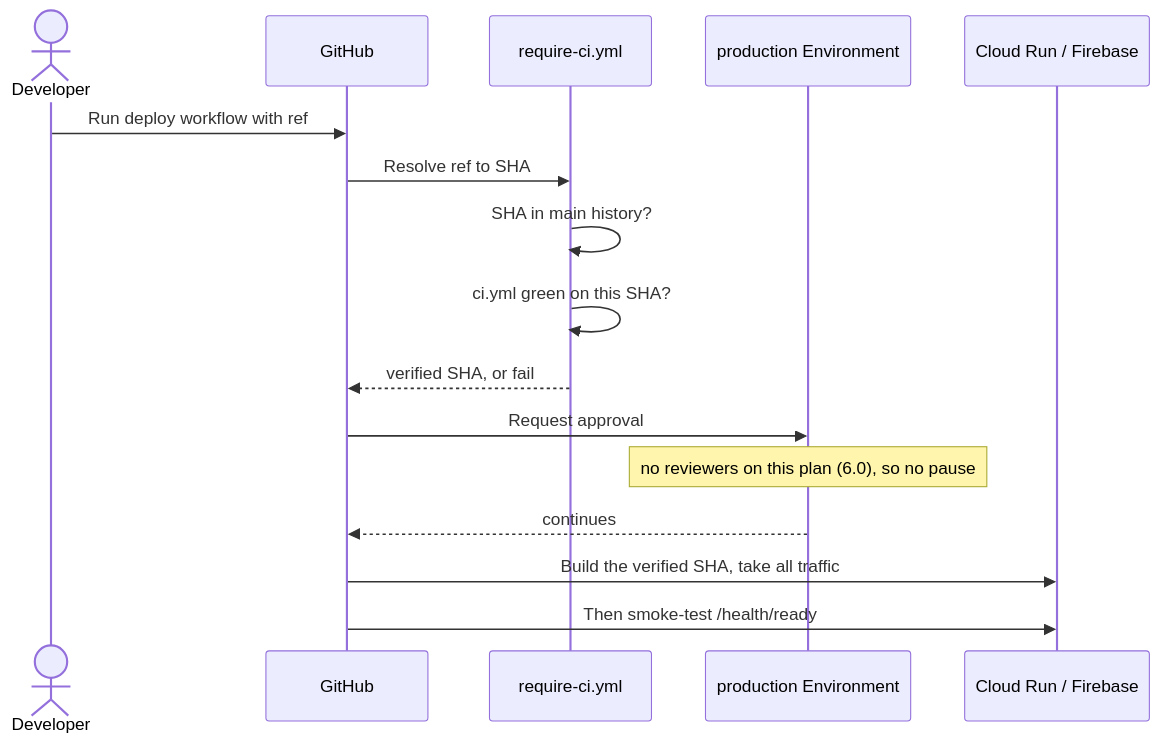
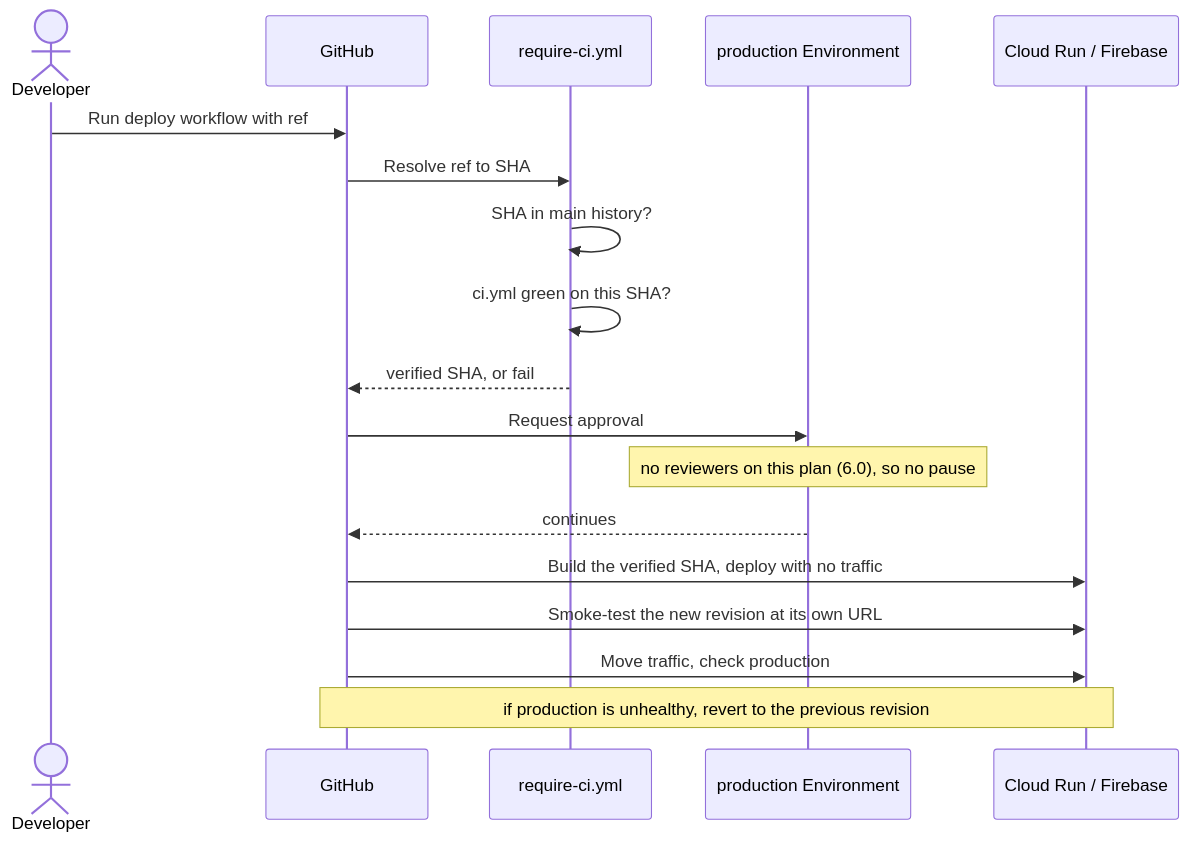
The fourth of 5 diagrams in docs/ai-native-sdlc-playbook.md (balureddy003/LifeKeel), drawn with Mermaid before and after one commit. The commit also changed other lines of this file and 3 other files, not shown here.

````diff
--- a/docs/ai-native-sdlc-playbook.md
+++ b/docs/ai-native-sdlc-playbook.md
@@ -339,18 +353,20 @@
 ```mermaid
 sequenceDiagram
   actor Dev as Developer
   participant GH as GitHub
   participant RC as require-ci.yml
   participant Env as production Environment
   participant Cloud as Cloud Run / Firebase
   Dev->>GH: Run deploy workflow with ref
   GH->>RC: Resolve ref to SHA
   RC->>RC: SHA in main history?
   RC->>RC: ci.yml green on this SHA?
   RC-->>GH: verified SHA, or fail
   GH->>Env: Request approval
   Note over Env: no reviewers on this plan (6.0), so no pause
   Env-->>GH: continues
-  GH->>Cloud: Build the verified SHA, take all traffic
-  GH->>Cloud: Then smoke-test /health/ready
+  GH->>Cloud: Build the verified SHA, deploy with no traffic
+  GH->>Cloud: Smoke-test the new revision at its own URL
+  GH->>Cloud: Move traffic, check production
+  Note over GH,Cloud: if production is unhealthy, revert to the previous revision
 ```
````
